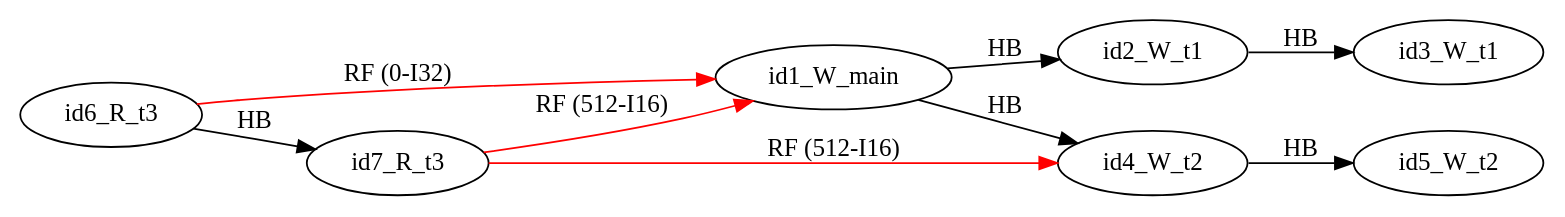
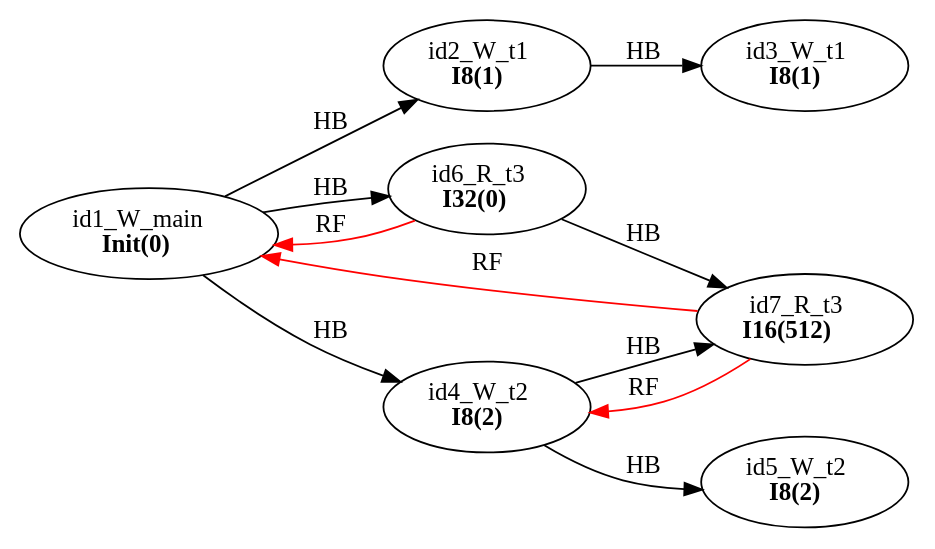
Before and after one commit to FMJS/EMME: the diagram in examples/single_var/sv_simple14/mm12.dot, drawn with Graphviz. The commit also changed 242 other files, not shown here.

```diff
--- a/examples/single_var/sv_simple14/mm12.dot
+++ b/examples/single_var/sv_simple14/mm12.dot
@@ -1,19 +1,21 @@
 digraph memory_model {
 rankdir=LR;
 splines=true; esep=0.5;
-id6_R_t3 -> id1_W_main [label = "RF (0-I32)", color="red"];
-id7_R_t3 -> id1_W_main [label = "RF (512-I16)", color="red"];
-id7_R_t3 -> id4_W_t2 [label = "RF (512-I16)", color="red"];
 id2_W_t1 -> id3_W_t1 [label = "HB", color="black"];
 id4_W_t2 -> id5_W_t2 [label = "HB", color="black"];
 id6_R_t3 -> id7_R_t3 [label = "HB", color="black"];
 id1_W_main -> id2_W_t1 [label = "HB", color="black"];
 id1_W_main -> id4_W_t2 [label = "HB", color="black"];
-id1_W_main [pos="5.0,4!"]
-id2_W_t1 [pos="0,2!"]
-id3_W_t1 [pos="0,0!"]
-id4_W_t2 [pos="5,2!"]
-id5_W_t2 [pos="5,0!"]
-id6_R_t3 [pos="10,2!"]
-id7_R_t3 [pos="10,0!"]
+id1_W_main -> id6_R_t3 [label = "HB", color="black"];
+id4_W_t2 -> id7_R_t3 [label = "HB", color="black"];
+id6_R_t3 -> id1_W_main [label = "RF", color="red"];
+id7_R_t3 -> id1_W_main [label = "RF", color="red"];
+id7_R_t3 -> id4_W_t2 [label = "RF", color="red"];
+id1_W_main [label=<id1_W_main<br/><B>Init(0)</B>>, pos="5.0,4!"]
+id2_W_t1 [label=<id2_W_t1<br/><B>I8(1)</B>>, pos="0,2!"]
+id3_W_t1 [label=<id3_W_t1<br/><B>I8(1)</B>>, pos="0,0!"]
+id4_W_t2 [label=<id4_W_t2<br/><B>I8(2)</B>>, pos="5,2!"]
+id5_W_t2 [label=<id5_W_t2<br/><B>I8(2)</B>>, pos="5,0!"]
+id6_R_t3 [label=<id6_R_t3<br/><B>I32(0)</B>>, pos="10,2!"]
+id7_R_t3 [label=<id7_R_t3<br/><B>I16(512)</B>>, pos="10,0!"]
 }
```
